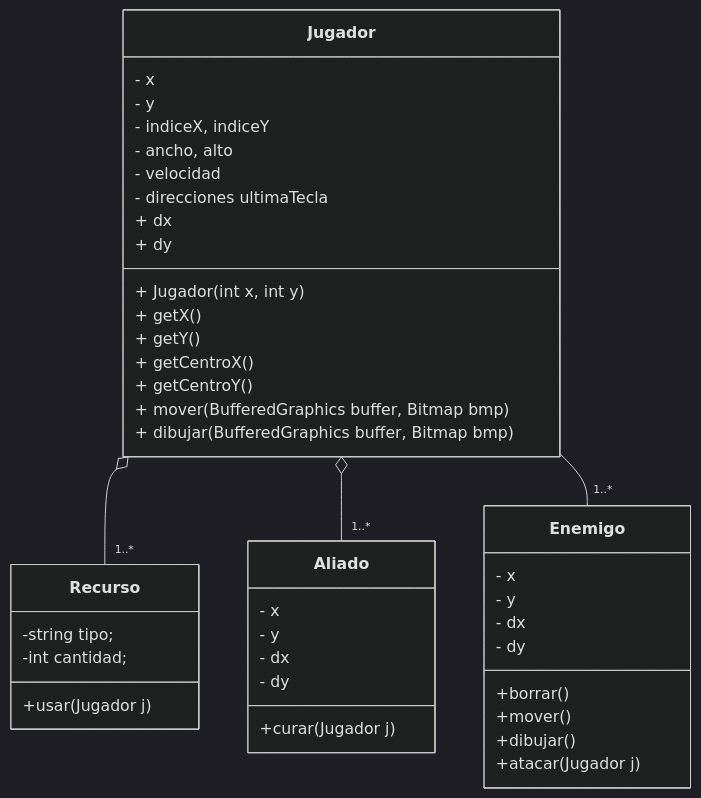
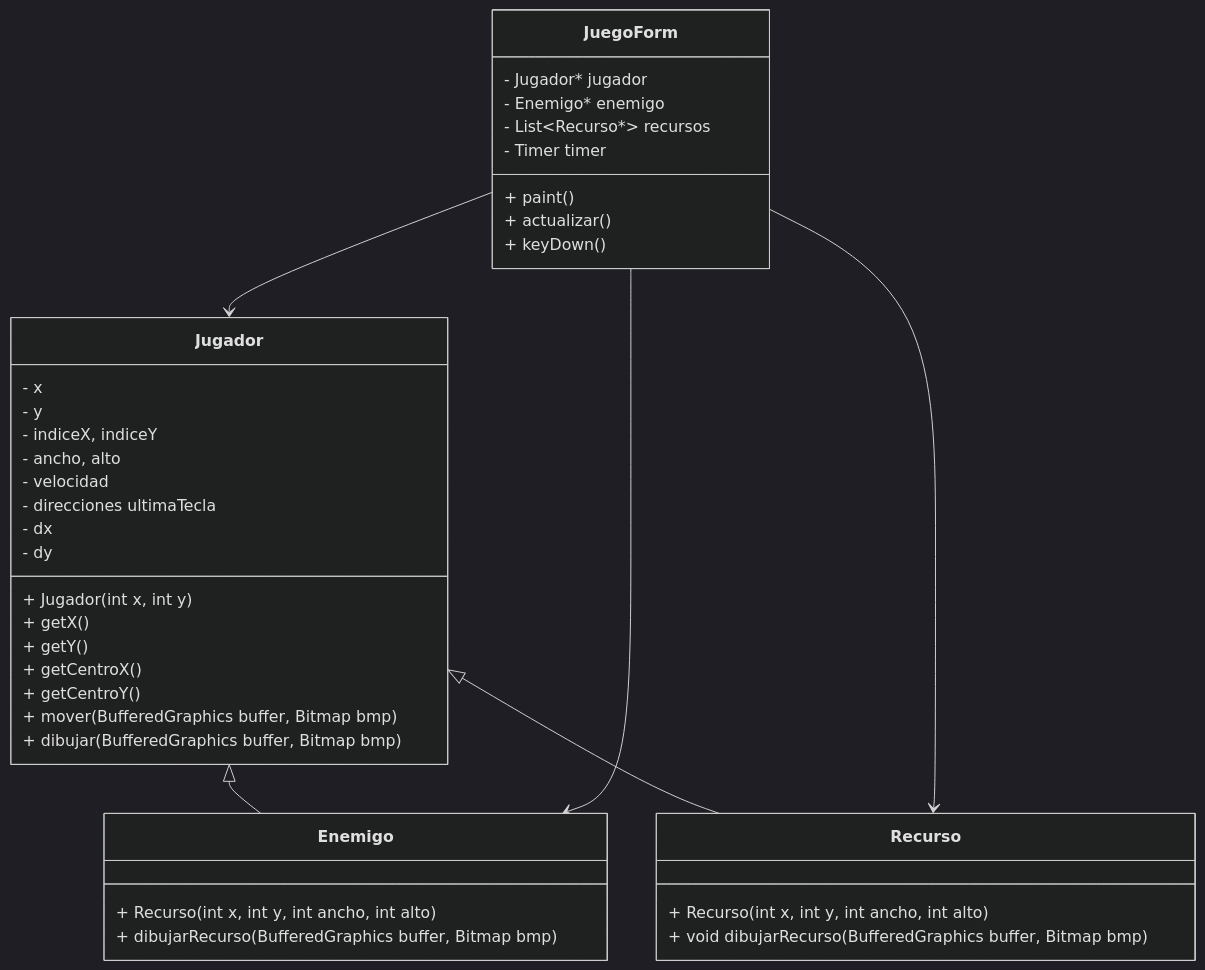
One commit to ismasscs51/algoritmos_group03_tf changed the diagram in INFORME.md. Above: the diagram before and after it, drawn with Mermaid (dark theme).

Commit message:
UML ACTUALIZADO CON LA ULTIMA VERSION DEL CODIGO

````diff
--- a/INFORME.md
+++ b/INFORME.md
@@ -136,51 +136,48 @@
 ```mermaid
 classDiagram
 
 class Jugador {
 - x
 - y
 - indiceX, indiceY
 - ancho, alto
 - velocidad
 - direcciones ultimaTecla
-+ dx
-+ dy
+- dx
+- dy
 + Jugador(int x, int y)
 + getX()
 + getY()
 + getCentroX()
 + getCentroY()
 + mover(BufferedGraphics buffer, Bitmap bmp)
 + dibujar(BufferedGraphics buffer, Bitmap bmp)
 }
 
 class Enemigo {
-- x
-- y
-- dx
-- dy
-+borrar()
-+mover()
-+dibujar()
-+atacar(Jugador j)
-}
-
-class Aliado {
-- x
-- y
-- dx
-- dy
-+curar(Jugador j)
++ Recurso(int x, int y, int ancho, int alto)
++ dibujarRecurso(BufferedGraphics buffer, Bitmap bmp)
 }
 
 class Recurso {
--string tipo;
--int cantidad;
-+usar(Jugador j)
++ Recurso(int x, int y, int ancho, int alto)
++ void dibujarRecurso(BufferedGraphics buffer, Bitmap bmp)
 }
 
-Jugador o-- "1..*" Recurso
-Jugador o-- "1..*" Aliado
-Jugador -- "1..*" Enemigo
+class JuegoForm {
+- Jugador* jugador
+- Enemigo* enemigo
+- List~Recurso*~ recursos
+- Timer timer
++ paint()
++ actualizar()
++ keyDown()
+}
+
+Jugador <|-- Enemigo
+Jugador <|-- Recurso
+JuegoForm --> Jugador
+JuegoForm --> Enemigo
+JuegoForm --> Recurso
 
 ```
````
